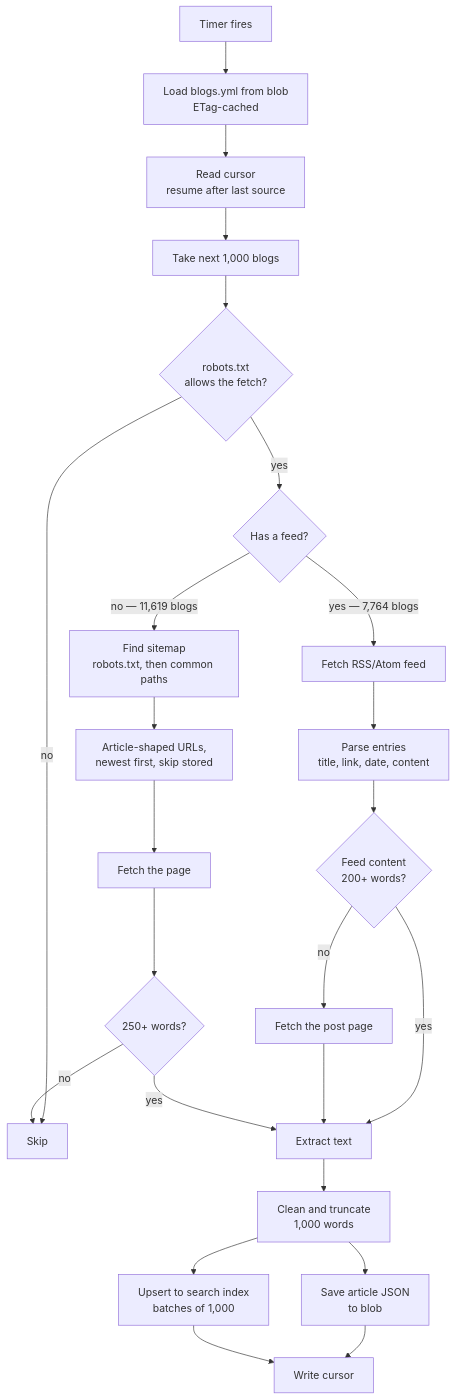
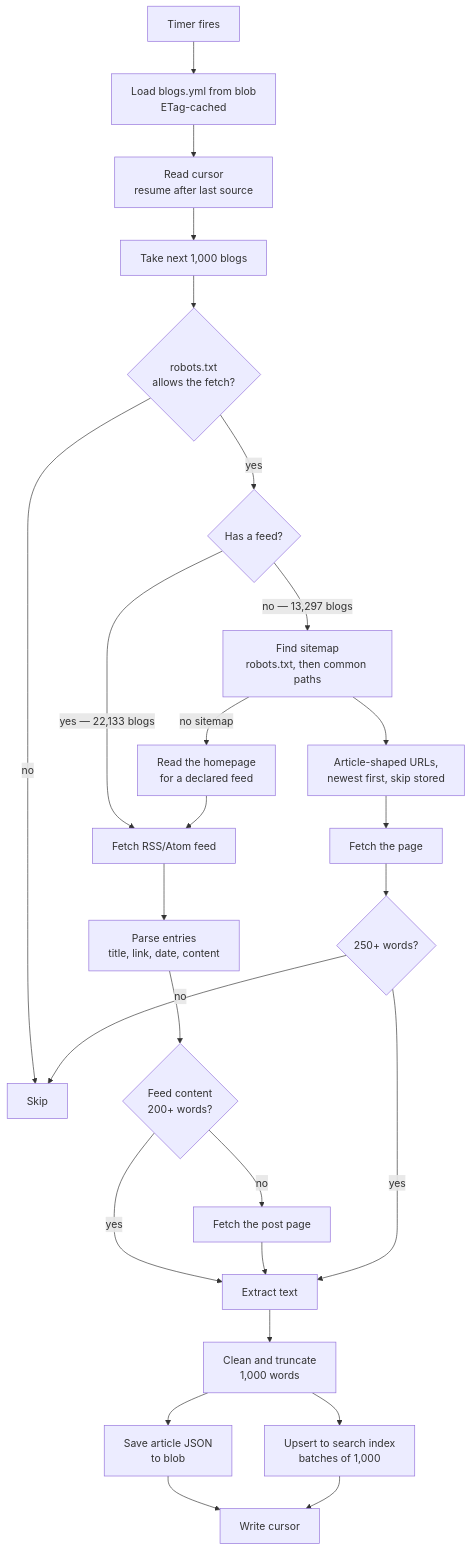
Before and after one commit to GitPaulo/blogme: the second of 5 diagrams in docs/how-it-works.md, drawn with Mermaid. The commit also changed other lines of this file and 14 other files, not shown here.

````diff
--- a/docs/how-it-works.md
+++ b/docs/how-it-works.md
@@ -47,30 +47,32 @@
 ```mermaid
 flowchart TD
     T["Timer fires"] --> L["Load blogs.yml from blob<br/>ETag-cached"]
     L --> C["Read cursor<br/>resume after last source"]
     C --> BATCH["Take next 1,000 blogs"]
 
     BATCH --> R{"robots.txt<br/>allows the fetch?"}
     R -->|no| SKIP["Skip"]
     R -->|yes| P{"Has a feed?"}
 
-    P -->|"yes — 7,764 blogs"| F["Fetch RSS/Atom feed"]
-    P -->|"no — 11,619 blogs"| M["Find sitemap<br/>robots.txt, then common paths"]
+    P -->|"yes — 22,133 blogs"| F["Fetch RSS/Atom feed"]
+    P -->|"no — 13,297 blogs"| M["Find sitemap<br/>robots.txt, then common paths"]
 
     F --> ITEMS["Parse entries<br/>title, link, date, content"]
     ITEMS --> FULL{"Feed content<br/>200+ words?"}
     FULL -->|yes| X["Extract text"]
     FULL -->|no| PAGE["Fetch the post page"] --> X
 
+    M -->|"no sitemap"| ALT["Read the homepage<br/>for a declared feed"]
+    ALT --> F
     M --> LINKS["Article-shaped URLs,<br/>newest first, skip stored"]
     LINKS --> FETCH["Fetch the page"]
     FETCH --> LONG{"250+ words?"}
     LONG -->|no| SKIP
     LONG -->|yes| X
 
     X --> TRUNC["Clean and truncate<br/>1,000 words"]
     TRUNC --> SAVE["Save article JSON<br/>to blob"]
     TRUNC --> IDX["Upsert to search index<br/>batches of 1,000"]
     SAVE --> CUR["Write cursor"]
     IDX --> CUR
 ```
````
